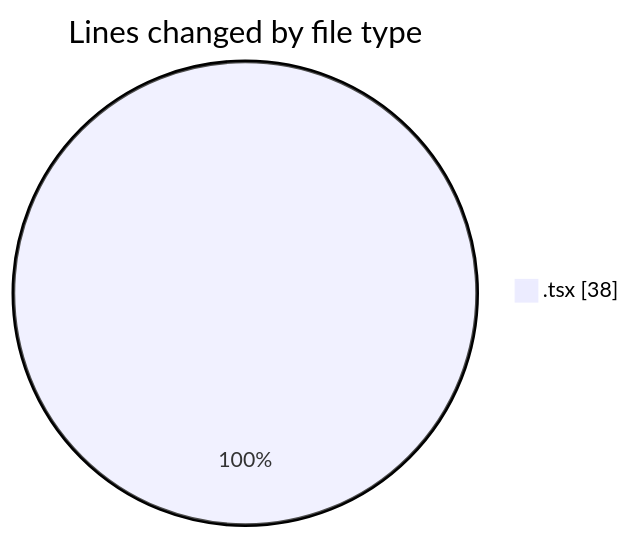
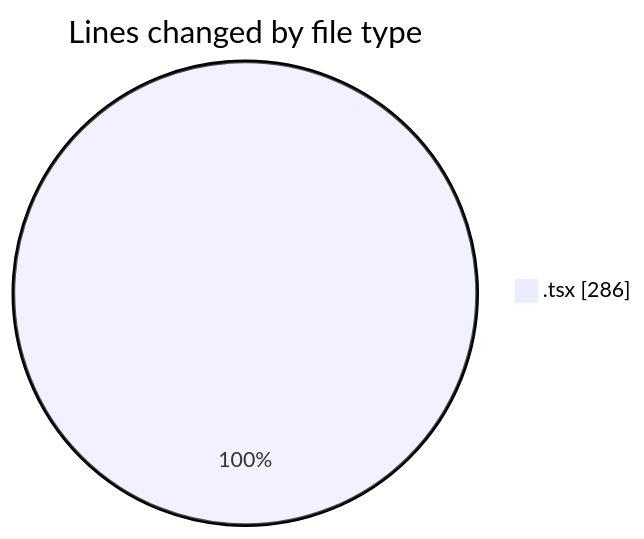
One commit to nxtqubesakshisongat/code-tracking changed the first of 2 diagrams in 2026-08-13/nxtqube_webapp/README.md. Above: the diagram before and after it, drawn with Mermaid. The commit also changed other lines of this file and 1 other file, not shown here.

````diff
--- a/2026-08-13/nxtqube_webapp/README.md
+++ b/2026-08-13/nxtqube_webapp/README.md
@@ -20,5 +23,5 @@
 ```mermaid
 pie showData
 title Lines changed by file type
-".tsx" : 38
+".tsx" : 286
 ```
````
